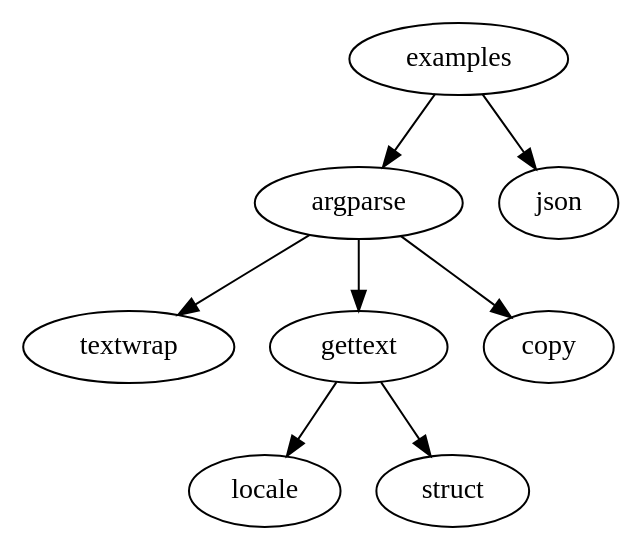
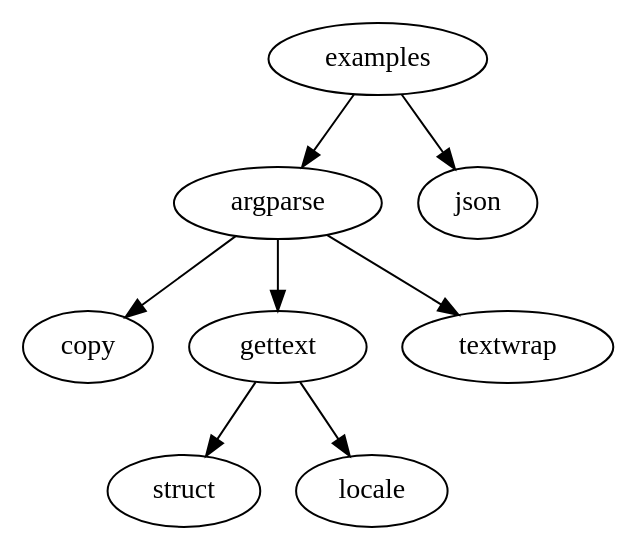
One commit to podhmo/moduleknife changed the diagram in misc/readme2.dot. Above: the diagram before and after it, drawn with Graphviz. The commit also changed 1 other file, not shown here.

```diff
--- a/misc/readme2.dot
+++ b/misc/readme2.dot
@@ -1,17 +1,17 @@
 digraph g {
     g0 [label="argparse"]
-    g1 [label="textwrap"]
+    g1 [label="copy"]
     g2 [label="gettext"]
-    g3 [label="copy"]
-    g4 [label="examples"]
-    g5 [label="json"]
-    g6 [label="locale"]
-    g7 [label="struct"]
+    g3 [label="textwrap"]
+    g4 [label="struct"]
+    g5 [label="locale"]
+    g6 [label="examples"]
+    g7 [label="json"]
     g0 -> g1
     g0 -> g2
     g0 -> g3
-    g4 -> g0
-    g4 -> g5
-    g2 -> g6
-    g2 -> g7
+    g2 -> g4
+    g2 -> g5
+    g6 -> g0
+    g6 -> g7
 }
```
